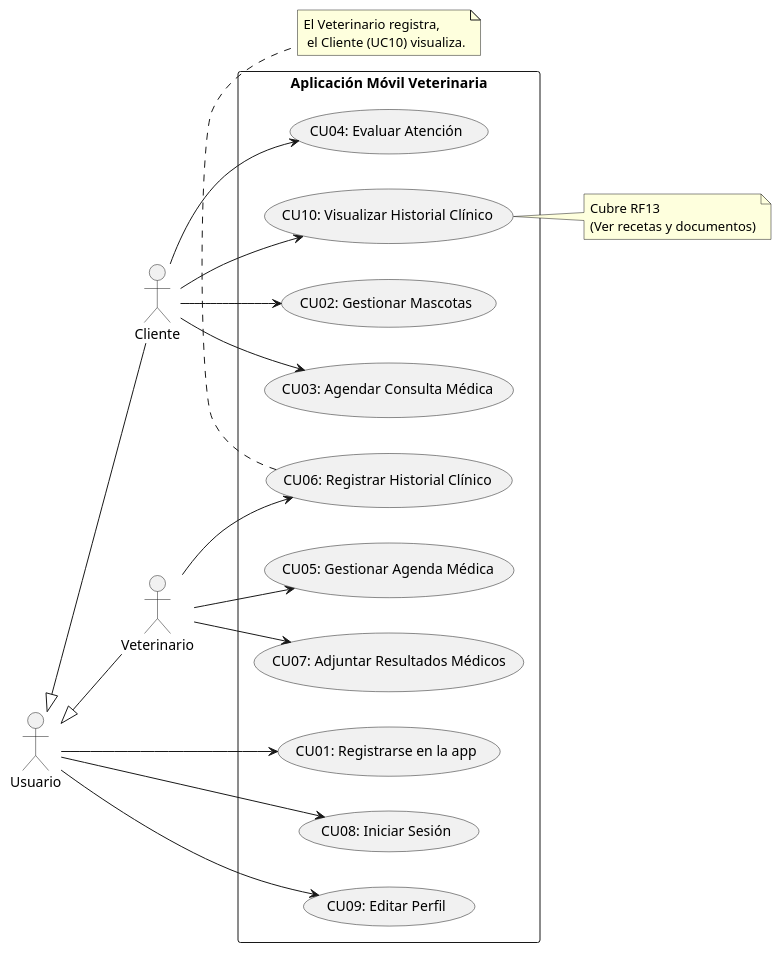
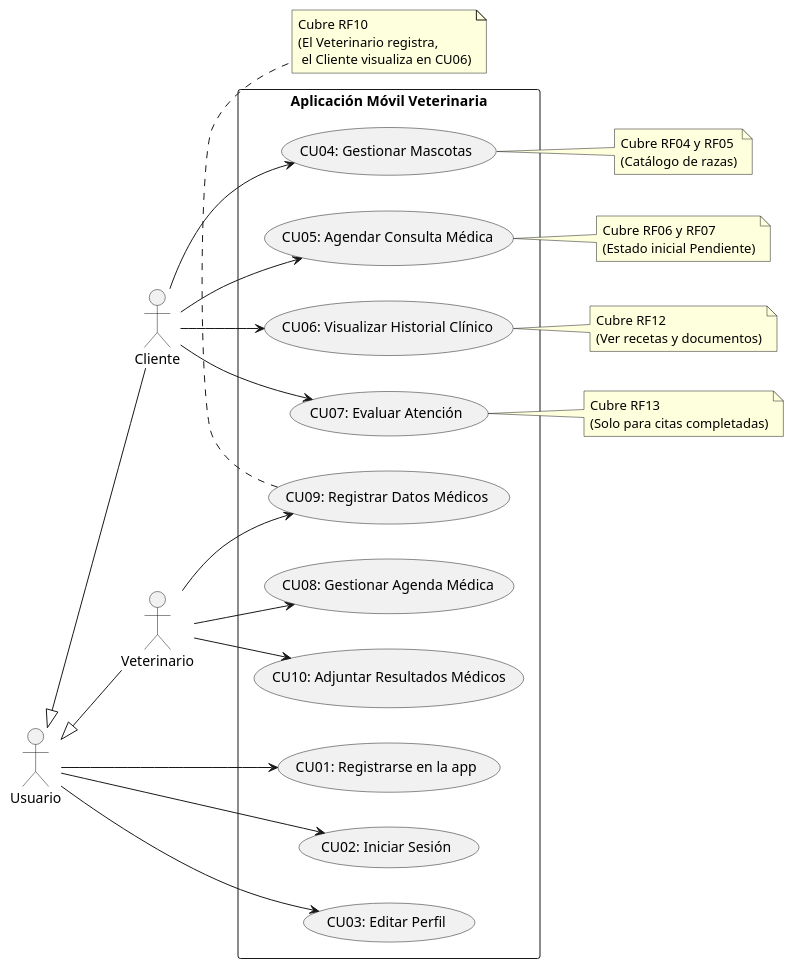
Before and after one commit to W1llpr0/prograMovil: the diagram in use_cases_schema.puml, drawn with PlantUML. The commit also changed 2 other files, not shown here.

Commit message:
update README.md and diagrams

```diff
--- a/use_cases_schema.puml
+++ b/use_cases_schema.puml
@@ -1,52 +1,55 @@
 @startuml
 left to right direction
 skinparam packageStyle rectangle
 
 ' Definición de Actores
 actor "Usuario" as user
 actor "Cliente" as client
 actor "Veterinario" as vet
 
 ' Herencia de Actores (Cliente y Veterinario son Usuarios)
 client -up-|> user
 vet -up-|> user
 
 ' Sistema / Aplicación
 rectangle "Aplicación Móvil Veterinaria" {
   
-  ' Casos de Uso Comunes (RF01, RF02, RF03)
+  ' Casos de Uso Comunes (Usuario general)
   usecase "CU01: Registrarse en la app" as UC1
-  usecase "CU08: Iniciar Sesión" as UC8
-  usecase "CU09: Editar Perfil" as UC9
+  usecase "CU02: Iniciar Sesión" as UC2
+  usecase "CU03: Editar Perfil" as UC3
   
   ' Casos de Uso del Cliente
-  usecase "CU02: Gestionar Mascotas" as UC2
-  usecase "CU03: Agendar Consulta Médica" as UC3
-  usecase "CU04: Evaluar Atención" as UC4
-  usecase "CU10: Visualizar Historial Clínico" as UC10
+  usecase "CU04: Gestionar Mascotas" as UC4
+  usecase "CU05: Agendar Consulta Médica" as UC5
+  usecase "CU06: Visualizar Historial Clínico" as UC6
+  usecase "CU07: Evaluar Atención" as UC7
   
   ' Casos de Uso del Veterinario
-  usecase "CU05: Gestionar Agenda Médica" as UC5
-  usecase "CU06: Registrar Historial Clínico" as UC6
-  usecase "CU07: Adjuntar Resultados Médicos" as UC7
+  usecase "CU08: Gestionar Agenda Médica" as UC8
+  usecase "CU09: Registrar Datos Médicos" as UC9
+  usecase "CU10: Adjuntar Resultados Médicos" as UC10
 }
 
 ' Relaciones entre Actores y Casos de Uso
 user --> UC1
-user --> UC8
-user --> UC9
+user --> UC2
+user --> UC3
 
-client --> UC2
-client --> UC3
 client --> UC4
-client --> UC10
+client --> UC5
+client --> UC6
+client --> UC7
 
-vet --> UC5
-vet --> UC6
-vet --> UC7
+vet --> UC8
+vet --> UC9
+vet --> UC10
 
-' Notas
-note right of UC10 : Cubre RF13\n(Ver recetas y documentos)
-note bottom of UC6 : El Veterinario registra,\n el Cliente (UC10) visualiza.
+' Notas de relación con los Requerimientos Funcionales
+note right of UC4 : Cubre RF04 y RF05\n(Catálogo de razas)
+note right of UC5 : Cubre RF06 y RF07\n(Estado inicial Pendiente)
+note right of UC6 : Cubre RF12\n(Ver recetas y documentos)
+note right of UC7 : Cubre RF13\n(Solo para citas completadas)
+note bottom of UC9 : Cubre RF10\n(El Veterinario registra,\n el Cliente visualiza en CU06)
 
 @enduml
```
